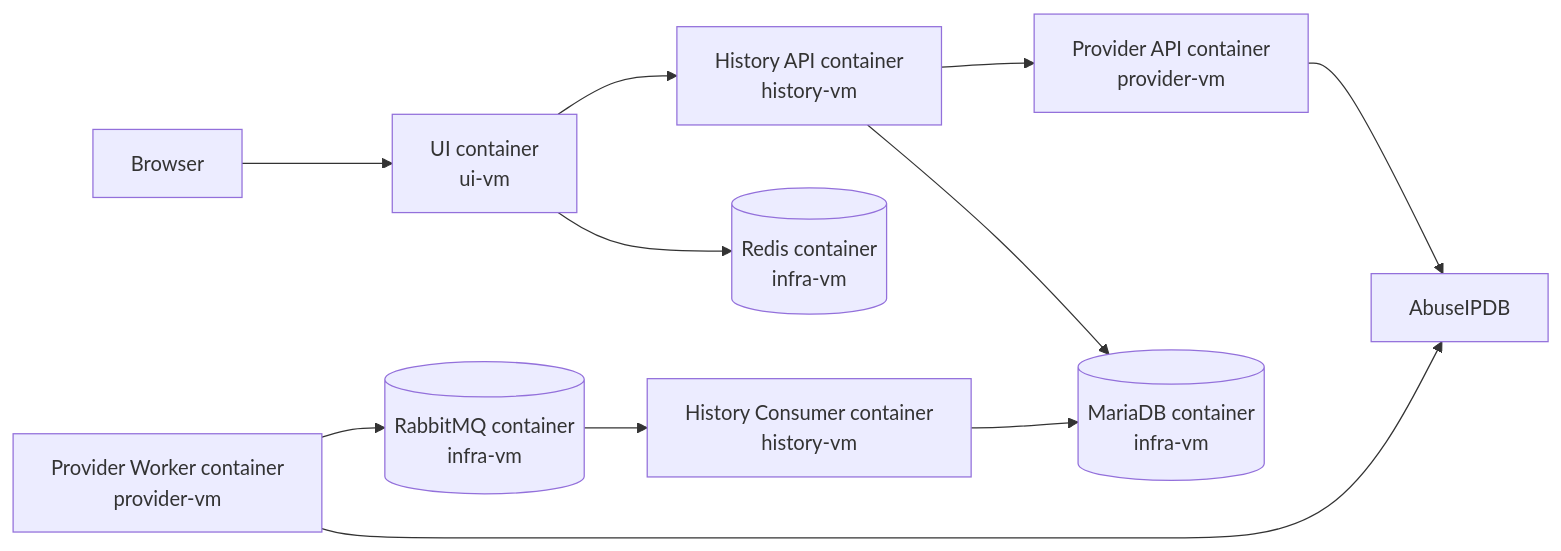
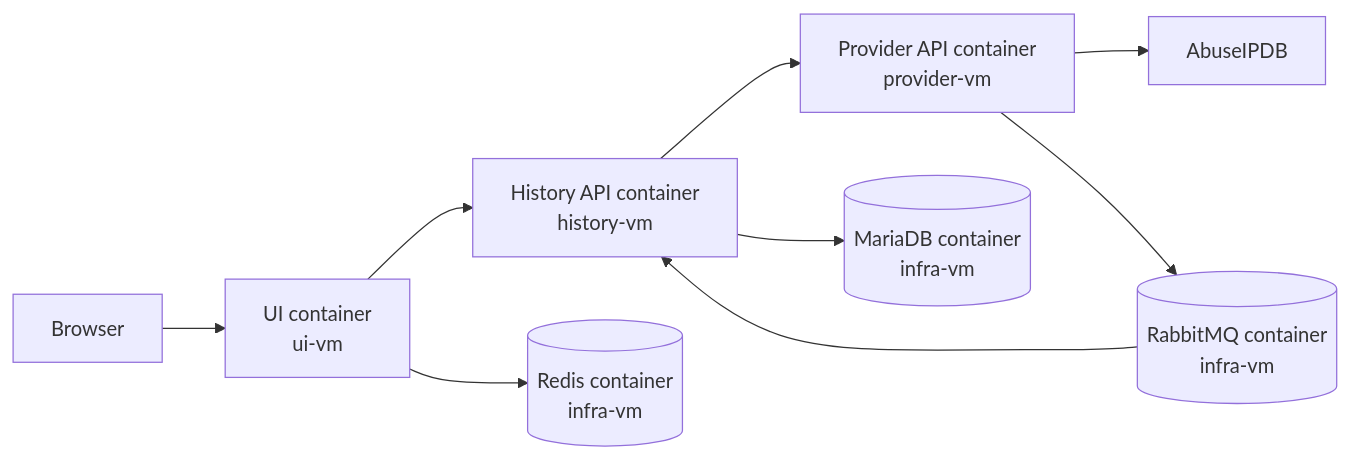
Before and after one commit to ua-academy-projects/push-and-pray: the diagram in README.md, drawn with Mermaid. The commit also changed other lines of this file and 30 other files, not shown here.

````diff
--- a/README.md
+++ b/README.md
@@ -33,13 +32,11 @@
 ```mermaid
 flowchart LR
     Browser --> UI[UI container<br/>ui-vm]
     UI --> HAPI[History API container<br/>history-vm]
     UI --> Redis[(Redis container<br/>infra-vm)]
     HAPI --> PAPI[Provider API container<br/>provider-vm]
     PAPI --> AbuseIPDB
     HAPI --> MariaDB[(MariaDB container<br/>infra-vm)]
-    PWorker[Provider Worker container<br/>provider-vm] --> AbuseIPDB
-    PWorker --> RabbitMQ[(RabbitMQ container<br/>infra-vm)]
-    RabbitMQ --> HConsumer[History Consumer container<br/>history-vm]
-    HConsumer --> MariaDB
+    PAPI --> RabbitMQ[(RabbitMQ container<br/>infra-vm)]
+    RabbitMQ --> HAPI
 ```
````
